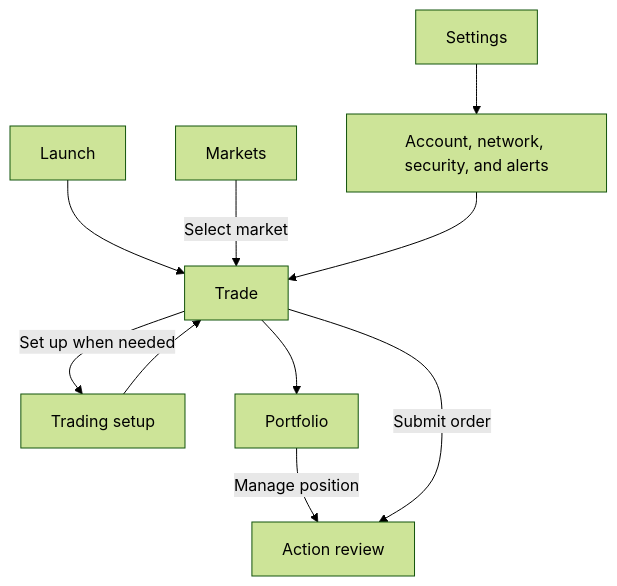
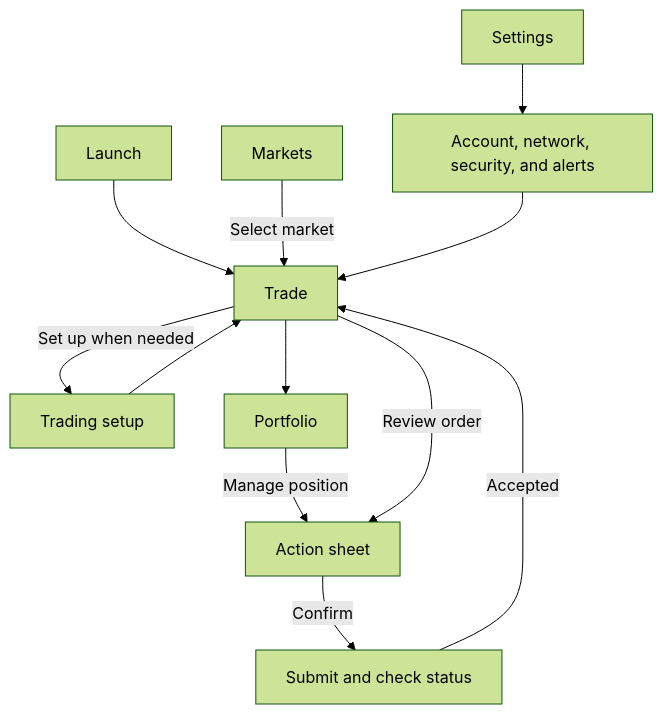
Before and after one commit to stonega/hyper-trader: the diagram in docs/design/mobile-screen-system.md, drawn with Mermaid (forest theme). The commit also changed other lines of this file and 61 other files, not shown here.

Commit message:
feat(mobile): improve trading flows and portfolio refresh

````diff
--- a/docs/design/mobile-screen-system.md
+++ b/docs/design/mobile-screen-system.md
@@ -37,12 +37,14 @@
 ```mermaid
 flowchart TB
   Launch[Launch] --> Trade[Trade]
   Trade -->|Set up when needed| Setup[Trading setup]
   Setup --> Trade
   Markets[Markets] -->|Select market| Trade
   Trade --> Portfolio[Portfolio]
-  Portfolio -->|Manage position| Review[Action review]
-  Trade -->|Submit order| Review
+  Portfolio -->|Manage position| Review[Action sheet]
+  Trade -->|Review order| Review
+  Review -->|Confirm| Submit[Submit and check status]
+  Submit -->|Accepted| Trade
   Settings[Settings] --> Context[Account, network, security, and alerts]
   Context --> Trade
 ```
````
